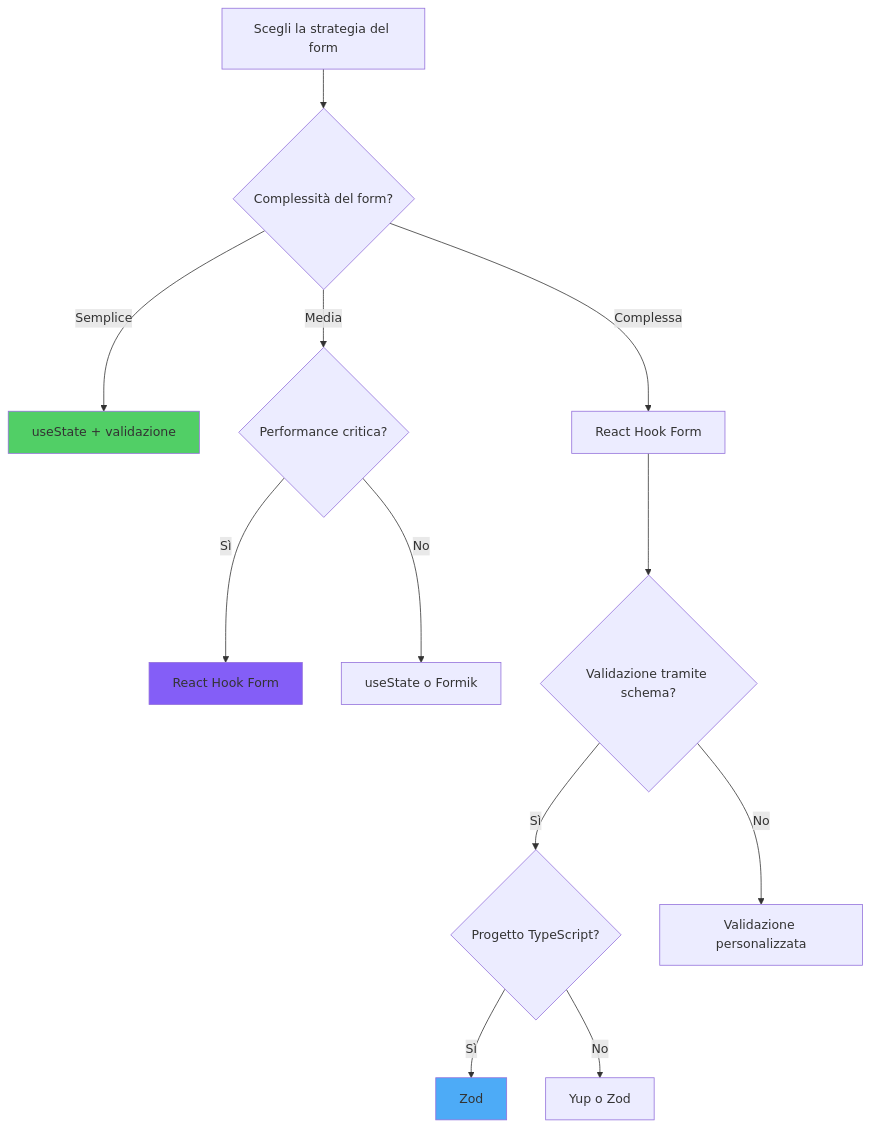
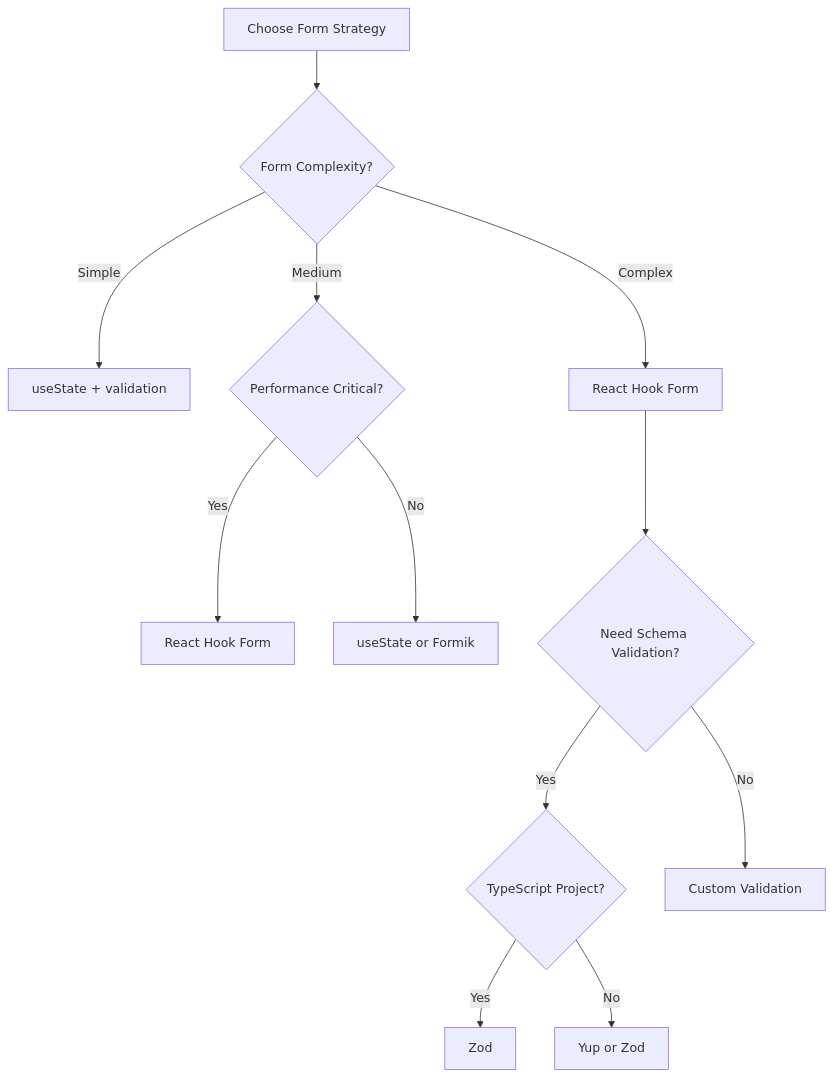
The fifth of 5 diagrams in arguments/chapters/it/08-forms-and-validations.md (BabaScience/react-guides), drawn with Mermaid before and after one commit. The commit also changed other lines of this file and 29 other files, not shown here.

First line of the commit message:
Bring React FR/IT translations to full English parity + theme-safe diagrams

````diff
--- a/arguments/chapters/it/08-forms-and-validations.md
+++ b/arguments/chapters/it/08-forms-and-validations.md
@@ -340,22 +2530,19 @@
 ```mermaid
 graph TD
-    A["Scegli la strategia del form"] --> B{"Complessità del form?"}
-
-    B -->|Semplice| C["useState + validazione"]
-    B -->|Media| D{"Performance critica?"}
-    B -->|Complessa| E["React Hook Form"]
-
-    D -->|Sì| F["React Hook Form"]
-    D -->|No| G["useState o Formik"]
-
-    E --> H{"Validazione tramite schema?"}
-    H -->|Sì| I{"Progetto TypeScript?"}
-    H -->|No| J["Validazione personalizzata"]
-
-    I -->|Sì| K["Zod"]
-    I -->|No| L["Yup o Zod"]
-
-    style C fill:#51cf66
-    style F fill:#845ef7
-    style K fill:#4dabf7
+    A[Choose Form Strategy] --> B{Form Complexity?}
+    
+    B -->|Simple| C[useState + validation]
+    B -->|Medium| D{Performance Critical?}
+    B -->|Complex| E[React Hook Form]
+    
+    D -->|Yes| F[React Hook Form]
+    D -->|No| G[useState or Formik]
+    
+    E --> H{Need Schema Validation?}
+    H -->|Yes| I{TypeScript Project?}
+    H -->|No| J[Custom Validation]
+    
+    I -->|Yes| K[Zod]
+    I -->|No| L[Yup or Zod]
+    
 ```
````
